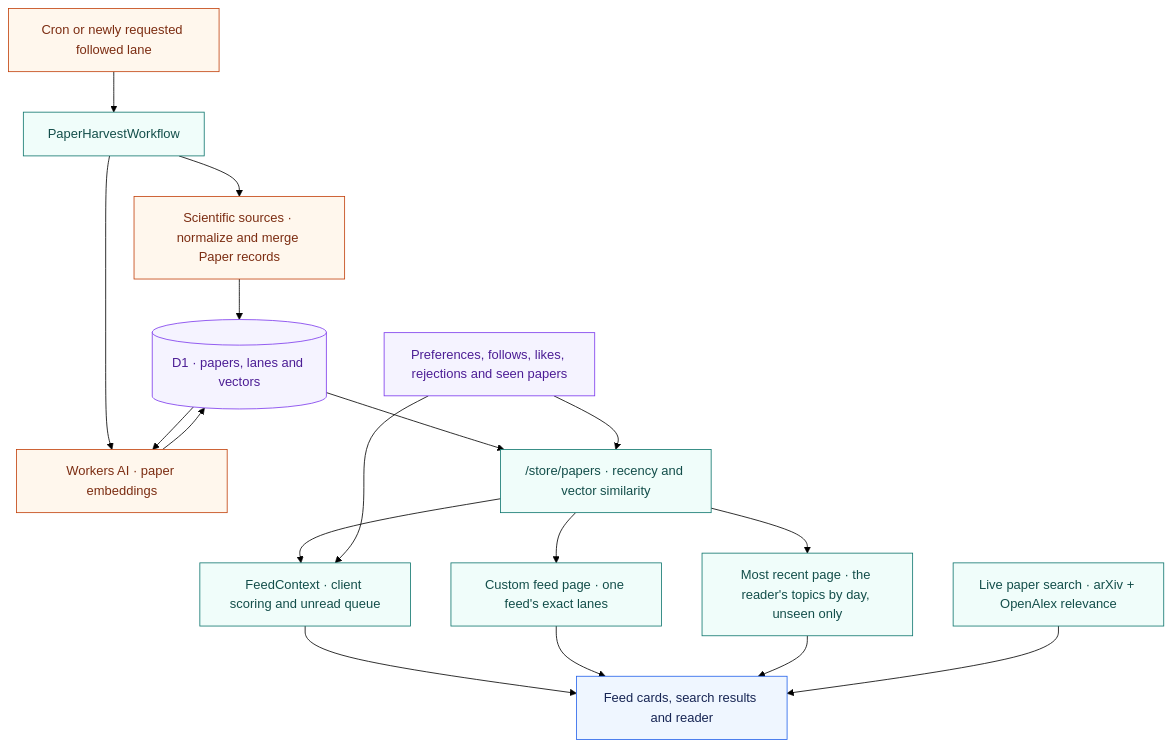
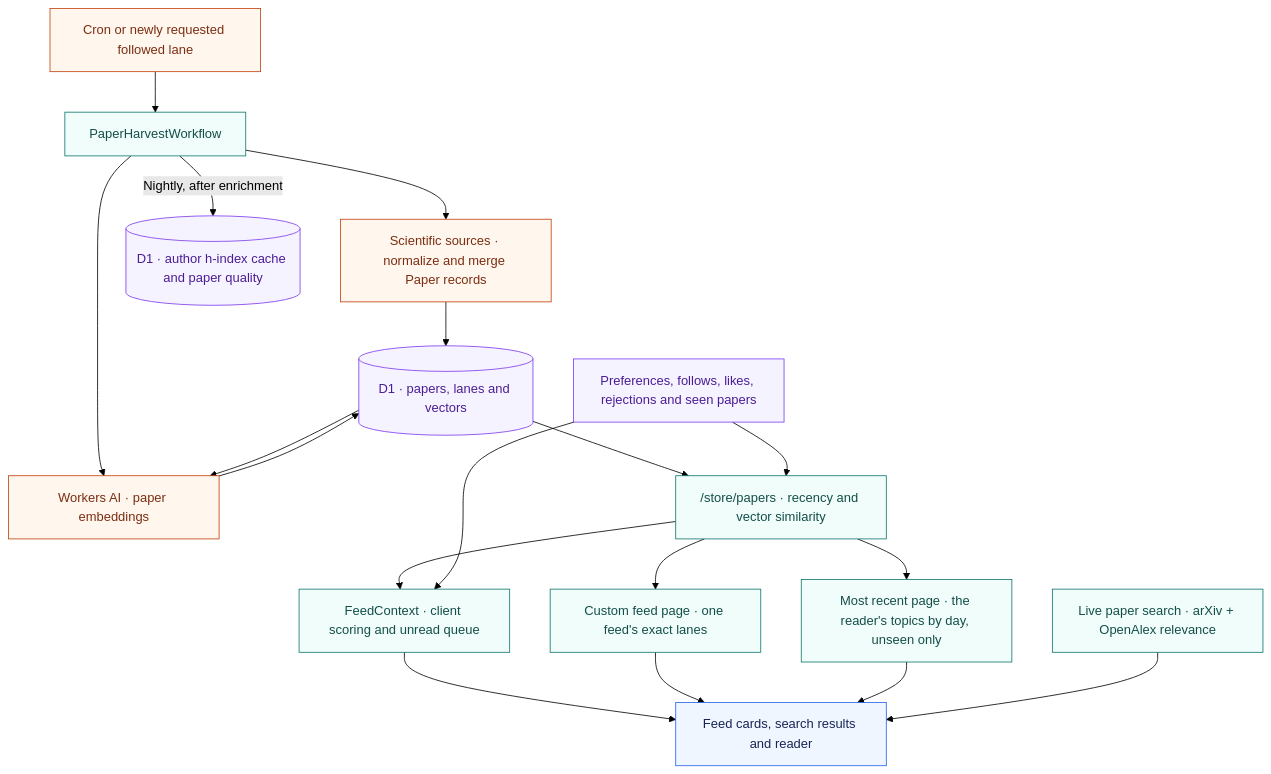
The second of 2 diagrams in ARCHITECTURE.md (mugar123/papertok), drawn with Mermaid (forest theme) before and after one commit. The commit also changed other lines of this file and 11 other files, not shown here.

First line of the commit message:
feat(worker): store positive quality signals of recent papers

````diff
--- a/ARCHITECTURE.md
+++ b/ARCHITECTURE.md
@@ -185,34 +186,36 @@
 ```mermaid
 flowchart TD
     Trigger["Cron or newly requested followed lane"]
     Harvest["PaperHarvestWorkflow"]
     Sources["Scientific sources · normalize and merge Paper records"]
     Vectors["Workers AI · paper embeddings"]
     Corpus[("D1 · papers, lanes and vectors")]
+    Quality[("D1 · author h-index cache and paper quality")]
     API["/store/papers · recency and vector similarity"]
     Feed["FeedContext · client scoring and unread queue"]
     Custom["Custom feed page · one feed's exact lanes"]
     Recent["Most recent page · the reader's topics by day, unseen only"]
     Signals["Preferences, follows, likes, rejections and seen papers"]
     Search["Live paper search · arXiv + OpenAlex relevance"]
     UI["Feed cards, search results and reader"]
 
     Trigger --> Harvest --> Sources --> Corpus
     Harvest --> Vectors --> Corpus
     Corpus --> Vectors
+    Harvest -->|Nightly, after enrichment| Quality
     Corpus --> API --> Feed --> UI
     API --> Custom --> UI
     API --> Recent --> UI
     Signals --> API
     Signals --> Feed
     Search --> UI
 
     classDef source fill:#fff7ed,stroke:#c2410c,color:#7c2d12
     classDef data fill:#f5f3ff,stroke:#7c3aed,color:#4c1d95
     classDef logic fill:#f0fdfa,stroke:#0f766e,color:#134e4a
     classDef view fill:#eff6ff,stroke:#2563eb,color:#172554
     class Trigger,Sources,Vectors source
-    class Corpus,Signals data
+    class Corpus,Quality,Signals data
     class Harvest,API,Feed,Custom,Recent,Search logic
     class UI view
 ```
````
